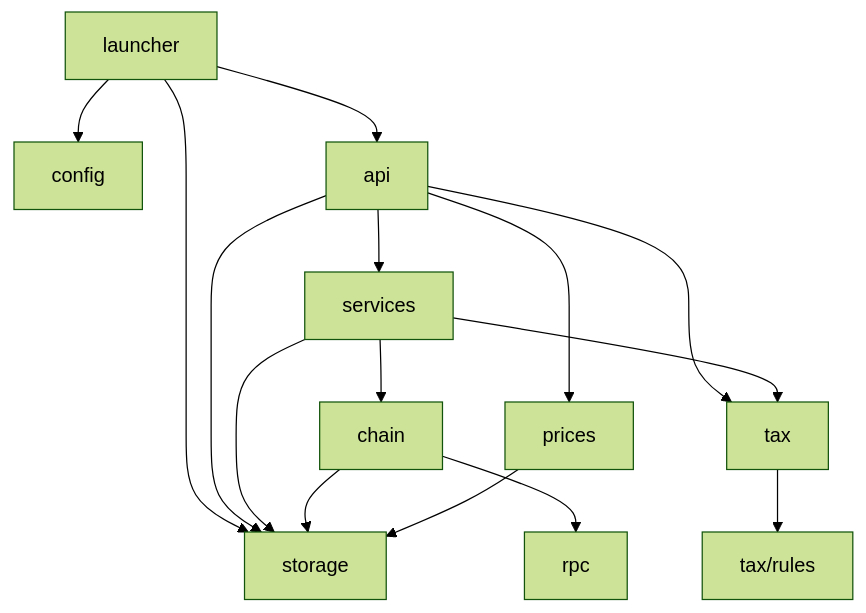
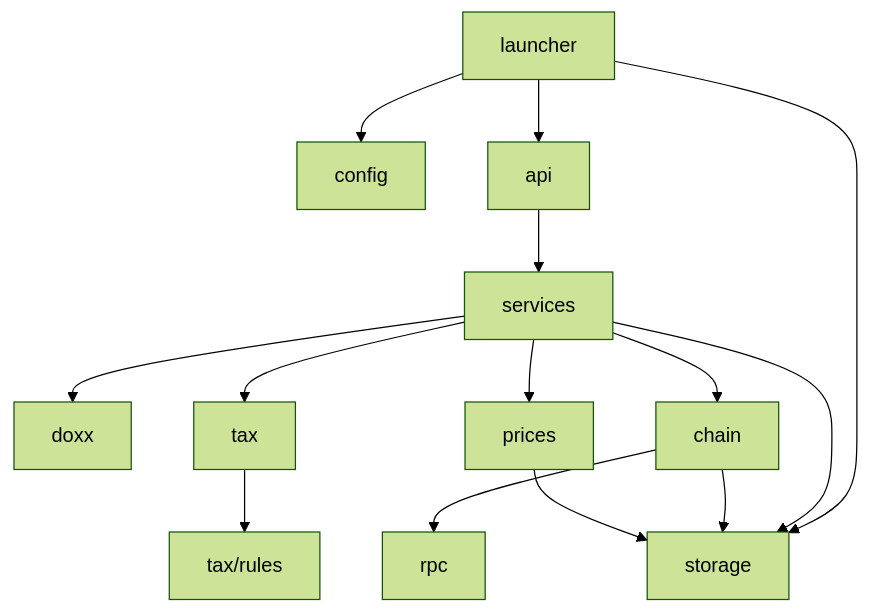
One commit to kristovatlas/coin-accounting changed the second of 9 diagrams in docs/architecture.md. Above: the diagram before and after it, drawn with Mermaid (forest theme). The commit also changed other lines of this file and 3 other files, not shown here.

First line of the commit message:
Architecture v0.2 and aligned docs: address Opus 5.5 and Codex review of PR #5

````diff
--- a/docs/architecture.md
+++ b/docs/architecture.md
@@ -104,17 +121,16 @@
 ```mermaid
 flowchart TD
   launcher --> config
   launcher --> storage
   launcher --> api
   api --> services
-  api --> tax
-  api --> storage
+  services --> doxx
+  services --> tax
   services --> chain
+  services --> prices
   services --> storage
-  services --> tax
   chain --> rpc
   chain --> storage
   prices --> storage
-  api --> prices
   tax --> taxrules["tax/rules"]
 ```
````
